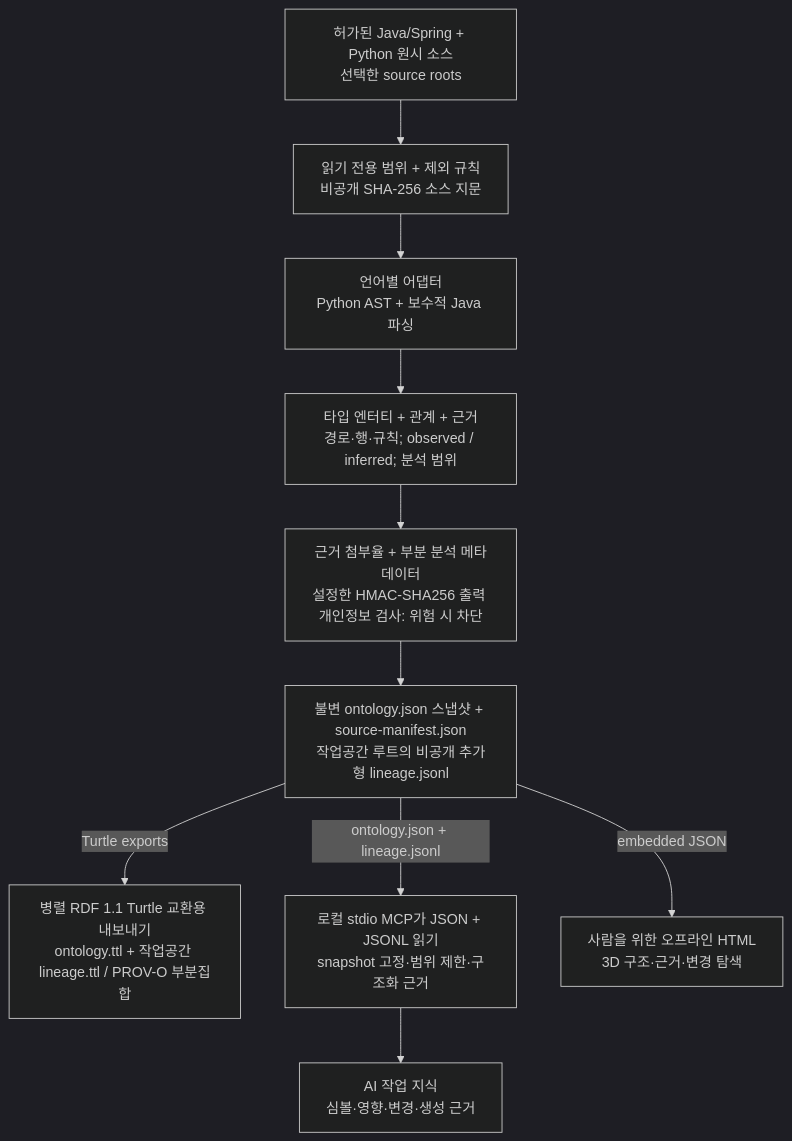
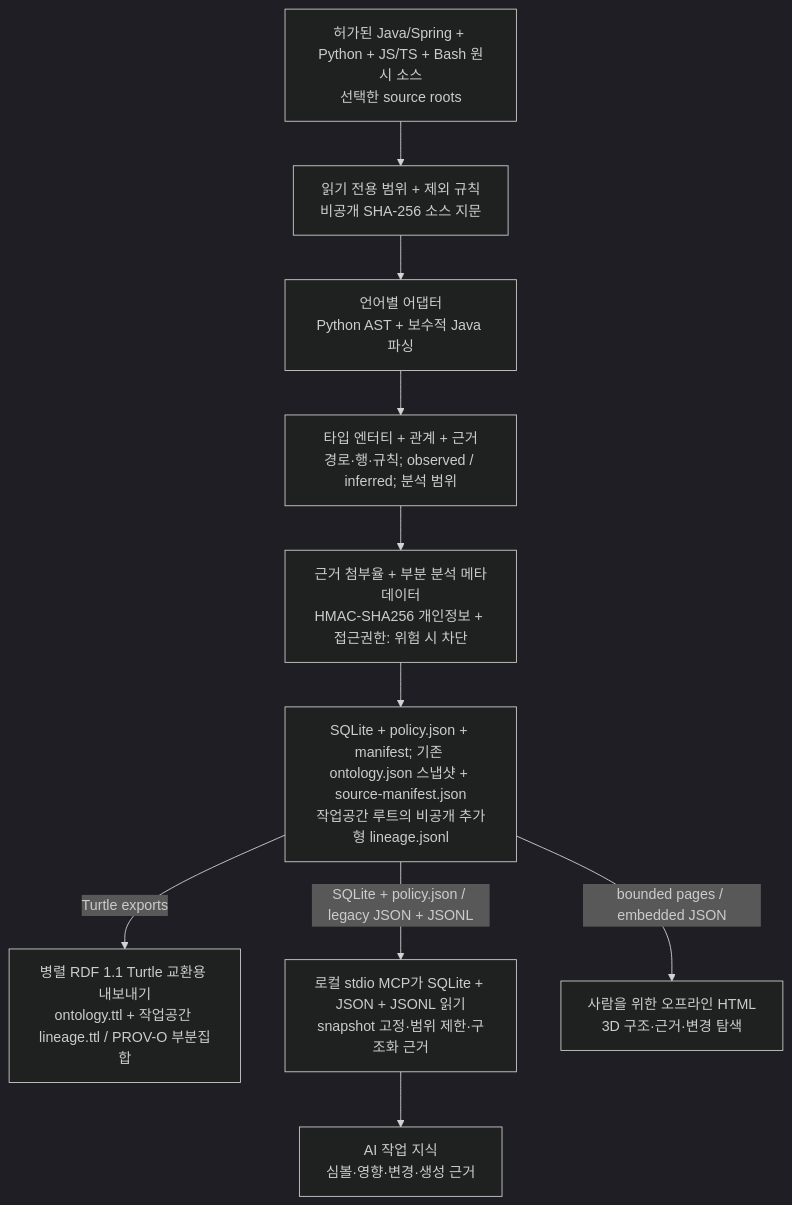
The diagram in README.ko.md (battle-doll/code-ontology-companion), drawn with Mermaid (dark theme) before and after one commit. The commit also changed other lines of this file and 150 other files, not shown here.

Commit message:
Implement 0.9.0 bounded ontology pipeline and knowledge access controls

````diff
--- a/README.ko.md
+++ b/README.ko.md
@@ -23,22 +26,22 @@
 ```mermaid
 flowchart TB
-    source["허가된 Java/Spring + Python 원시 소스<br/>선택한 source roots"]
+    source["허가된 Java/Spring + Python + JS/TS + Bash 원시 소스<br/>선택한 source roots"]
     scope["읽기 전용 범위 + 제외 규칙<br/>비공개 SHA-256 소스 지문"]
     adapters["언어별 어댑터<br/>Python AST + 보수적 Java 파싱"]
     evidence["타입 엔터티 + 관계 + 근거<br/>경로·행·규칙; observed / inferred; 분석 범위"]
-    gate["근거 첨부율 + 부분 분석 메타데이터<br/>설정한 HMAC-SHA256 출력 개인정보 검사: 위험 시 차단"]
-    snapshot["불변 ontology.json 스냅샷 + source-manifest.json<br/>작업공간 루트의 비공개 추가형 lineage.jsonl"]
+    gate["근거 첨부율 + 부분 분석 메타데이터<br/>HMAC-SHA256 개인정보 + 접근권한: 위험 시 차단"]
+    snapshot["SQLite + policy.json + manifest; 기존 ontology.json 스냅샷 + source-manifest.json<br/>작업공간 루트의 비공개 추가형 lineage.jsonl"]
     rdf["병렬 RDF 1.1 Turtle 교환용 내보내기<br/>ontology.ttl + 작업공간 lineage.ttl / PROV-O 부분집합"]
-    mcp["로컬 stdio MCP가 JSON + JSONL 읽기<br/>snapshot 고정·범위 제한·구조화 근거"]
+    mcp["로컬 stdio MCP가 SQLite + JSON + JSONL 읽기<br/>snapshot 고정·범위 제한·구조화 근거"]
     ai["AI 작업 지식<br/>심볼·영향·변경·생성 근거"]
     human["사람을 위한 오프라인 HTML<br/>3D 구조·근거·변경 탐색"]
     source --> scope
     scope --> adapters
     adapters --> evidence
     evidence --> gate
     gate --> snapshot
     snapshot -->|Turtle exports| rdf
-    snapshot -->|ontology.json + lineage.jsonl| mcp
+    snapshot -->|SQLite + policy.json / legacy JSON + JSONL| mcp
     mcp --> ai
-    snapshot -->|embedded JSON| human
+    snapshot -->|bounded pages / embedded JSON| human
 ```
````
